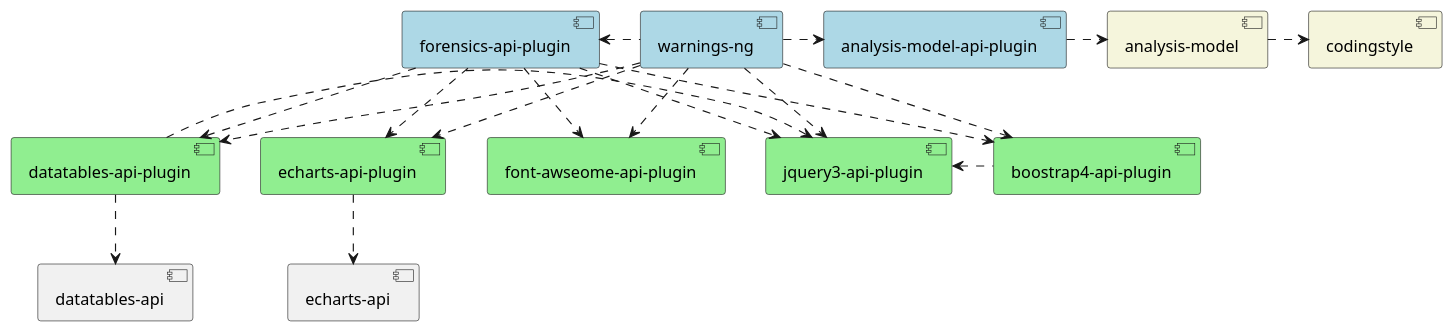
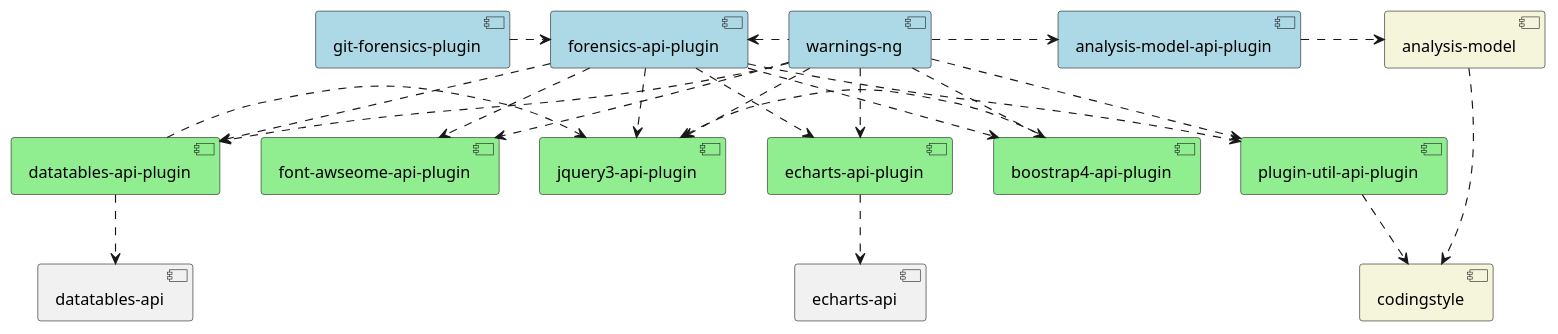
The diagram in doc/design-plan.puml (jenkinsci/warnings-ng-plugin), drawn with PlantUML before and after one commit. The commit also changed 4 other files, not shown here.

```diff
--- a/doc/design-plan.puml
+++ b/doc/design-plan.puml
@@ -1,53 +1,61 @@
 @startuml
 
 skinparam componentStyle uml2
 
 skinparam component {
   BackgroundColor<<optional>> beige
   BackgroundColor<<test>> lightGreen
   BackgroundColor<<runtime>> lightBlue
   BackgroundColor<<provided>> lightGray
 }
 
 component [analysis-model] #beige
 component [codingstyle] #beige
 
-[analysis-model] .> [codingstyle]
+[analysis-model] ...> [codingstyle]
 
 component [analysis-model-api-plugin] #lightBlue
 
 component [boostrap4-api-plugin] #lightGreen
 component [datatables-api-plugin] #lightGreen
 component [jquery3-api-plugin] #lightGreen
 component [font-awseome-api-plugin] #lightGreen
 component [echarts-api-plugin] #lightGreen
+component [plugin-util-api-plugin] #lightGreen
 
 component [echarts-api-plugin] #lightGreen
 
 component [warnings-ng] #lightBlue
 
 component [forensics-api-plugin] #lightBlue
 
+component [git-forensics-plugin] #lightBlue
+
+[git-forensics-plugin] .> [forensics-api-plugin]
 [analysis-model-api-plugin] .> [analysis-model]
 [warnings-ng] .> [analysis-model-api-plugin]
 [warnings-ng] .left.> [forensics-api-plugin]
 
 [warnings-ng] ..> [jquery3-api-plugin]
 [warnings-ng] ..> [datatables-api-plugin]
 [warnings-ng] ..> [boostrap4-api-plugin]
 [warnings-ng] ..> [font-awseome-api-plugin]
 [warnings-ng] ..> [echarts-api-plugin]
+[warnings-ng] ..> [plugin-util-api-plugin]
 
 [forensics-api-plugin] ..> [jquery3-api-plugin]
 [forensics-api-plugin] ..> [datatables-api-plugin]
 [forensics-api-plugin] ..> [boostrap4-api-plugin]
 [forensics-api-plugin] ..> [font-awseome-api-plugin]
 [forensics-api-plugin] ..> [echarts-api-plugin]
+[forensics-api-plugin] ..> [plugin-util-api-plugin]
 
+
+[plugin-util-api-plugin] .> [codingstyle]
 [datatables-api-plugin] .> [jquery3-api-plugin]
 [jquery3-api-plugin] <. [boostrap4-api-plugin]
 
 [datatables-api-plugin] ..> [datatables-api]
 [echarts-api-plugin] ..> [echarts-api]
 
 @enduml
```
